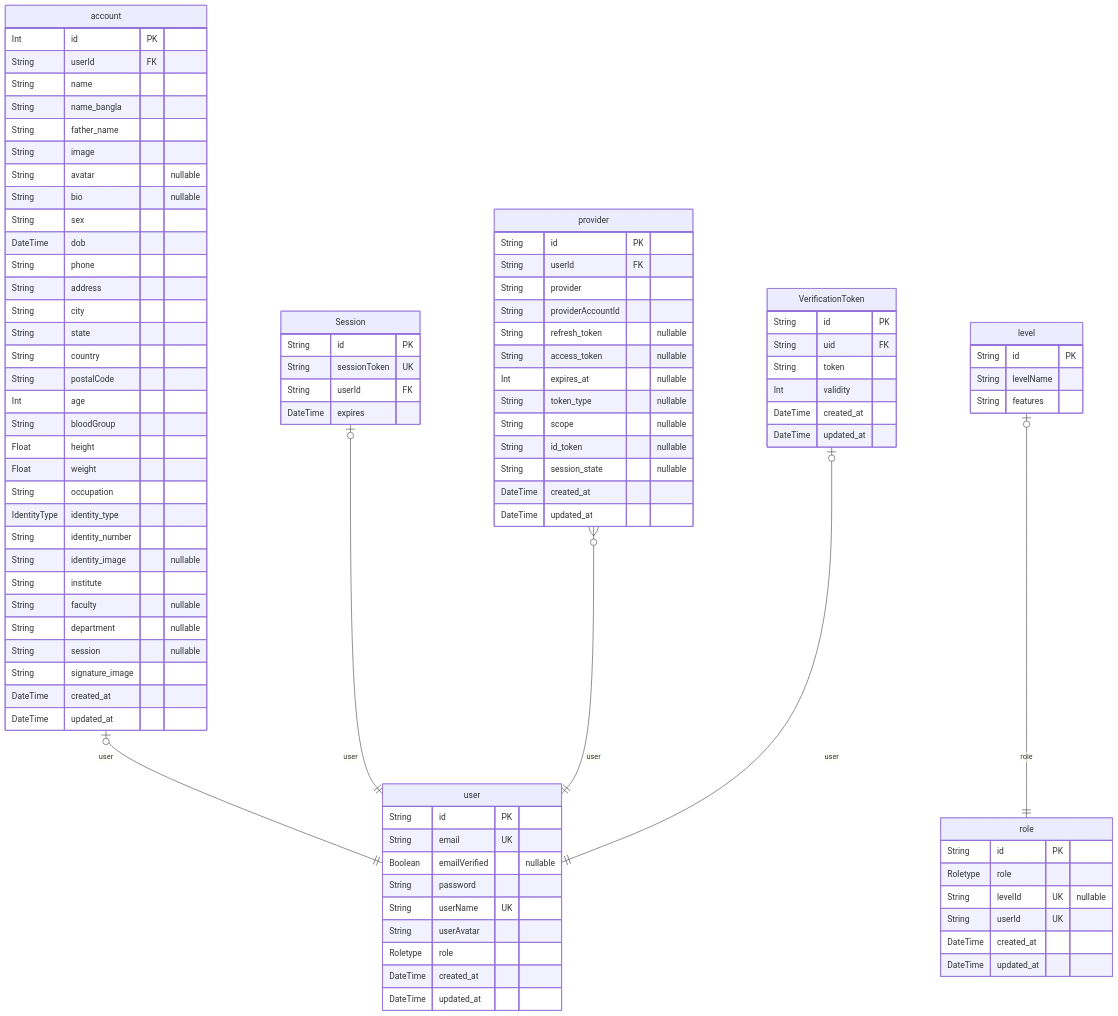
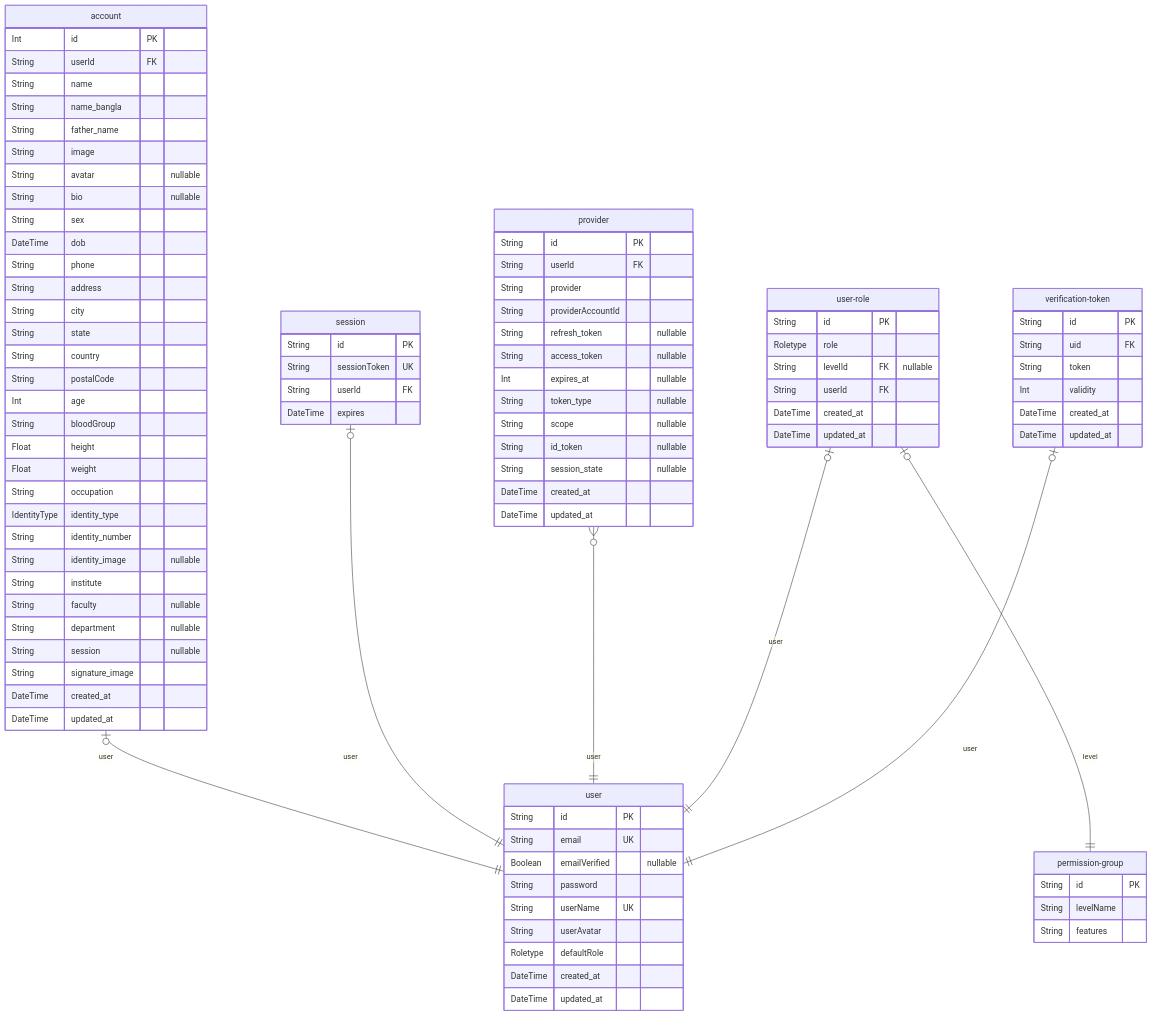
Before and after one commit to Hstu-dojo/HKDOfficial: the diagram in public/erd/ERD.md, drawn with Mermaid. The commit also changed other lines of this file and 3 other files, not shown here.

````diff
--- a/public/erd/ERD.md
+++ b/public/erd/ERD.md
@@ -39,7 +39,7 @@
     DateTime created_at
     DateTime updated_at
 }
-"Session" {
+"session" {
     String id PK
     String sessionToken UK
     String userId FK
@@ -52,7 +52,7 @@
     String password
     String userName UK
     String userAvatar
-    Roletype role
+    Roletype defaultRole
     DateTime created_at
     DateTime updated_at
 }
@@ -71,20 +71,20 @@
     DateTime created_at
     DateTime updated_at
 }
-"role" {
+"user-role" {
     String id PK
     Roletype role
-    String levelId UK "nullable"
-    String userId UK
+    String levelId FK "nullable"
+    String userId FK
     DateTime created_at
     DateTime updated_at
 }
-"level" {
+"permission-group" {
     String id PK
     String levelName
     String features
 }
-"VerificationToken" {
+"verification-token" {
     String id PK
     String uid FK
     String token
@@ -93,8 +93,9 @@
     DateTime updated_at
 }
 "account" |o--|| "user" : user
-"Session" |o--|| "user" : user
+"session" |o--|| "user" : user
 "provider" }o--|| "user" : user
-"level" |o--|| "role" : role
-"VerificationToken" |o--|| "user" : user
+"user-role" |o--|| "permission-group" : level
+"user-role" |o--|| "user" : user
+"verification-token" |o--|| "user" : user
 ```
````
